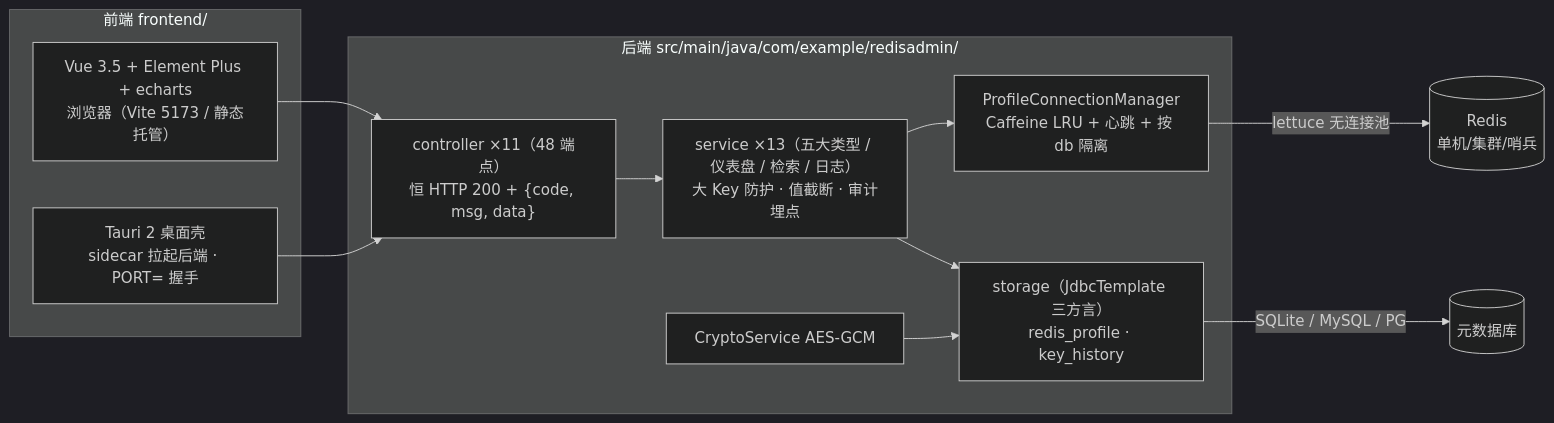
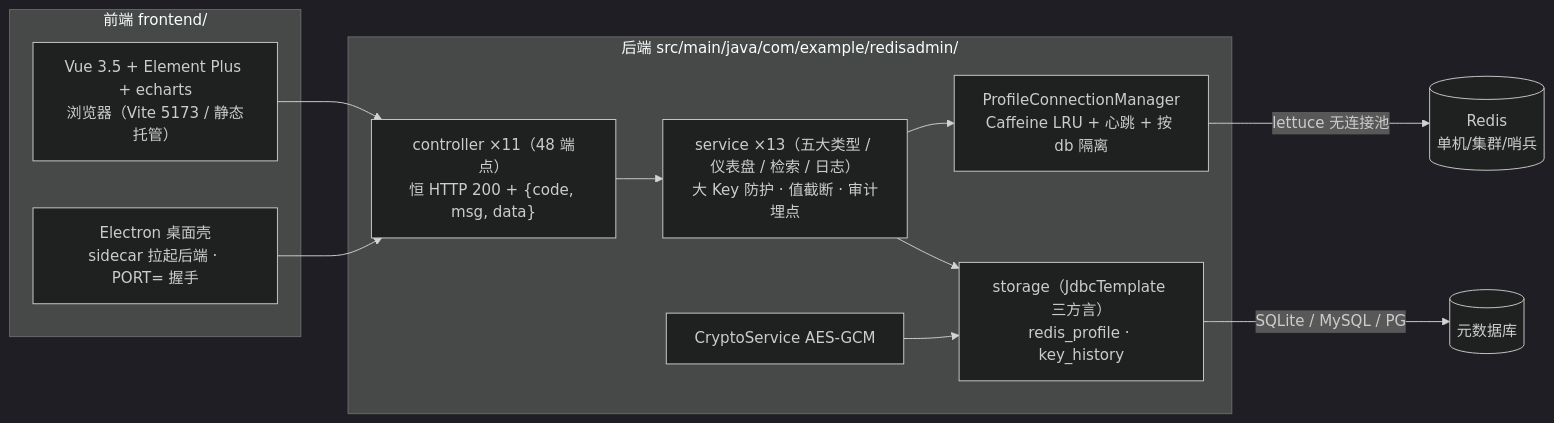
Before and after one commit to wssc555/redisVisual: the diagram in README.md, drawn with Mermaid (dark theme). The commit also changed other lines of this file and 29 other files, not shown here.

````diff
--- a/README.md
+++ b/README.md
@@ -12,22 +12,22 @@
 ```mermaid
 flowchart LR
     subgraph FE["前端 frontend/"]
         WEB["Vue 3.5 + Element Plus + echarts<br/>浏览器（Vite 5173 / 静态托管）"]
-        TAURI["Tauri 2 桌面壳<br/>sidecar 拉起后端 · PORT= 握手"]
+        SHELL["Electron 桌面壳<br/>sidecar 拉起后端 · PORT= 握手"]
     end
     subgraph BE["后端 src/main/java/com/example/redisadmin/"]
         CT["controller ×11（48 端点）<br/>恒 HTTP 200 + {code, msg, data}"]
         SV["service ×13（五大类型 / 仪表盘 / 检索 / 日志）<br/>大 Key 防护 · 值截断 · 审计埋点"]
         CM["ProfileConnectionManager<br/>Caffeine LRU + 心跳 + 按 db 隔离"]
         ST["storage（JdbcTemplate 三方言）<br/>redis_profile · key_history"]
         SEC["CryptoService AES-GCM"]
     end
     WEB --> CT
-    TAURI --> CT
+    SHELL --> CT
     CT --> SV
     SV --> CM
     SV --> ST
     SEC --> ST
     CM -->|lettuce 无连接池| R[("Redis<br/>单机/集群/哨兵")]
     ST -->|SQLite / MySQL / PG| DB[("元数据库")]
 ```
````
